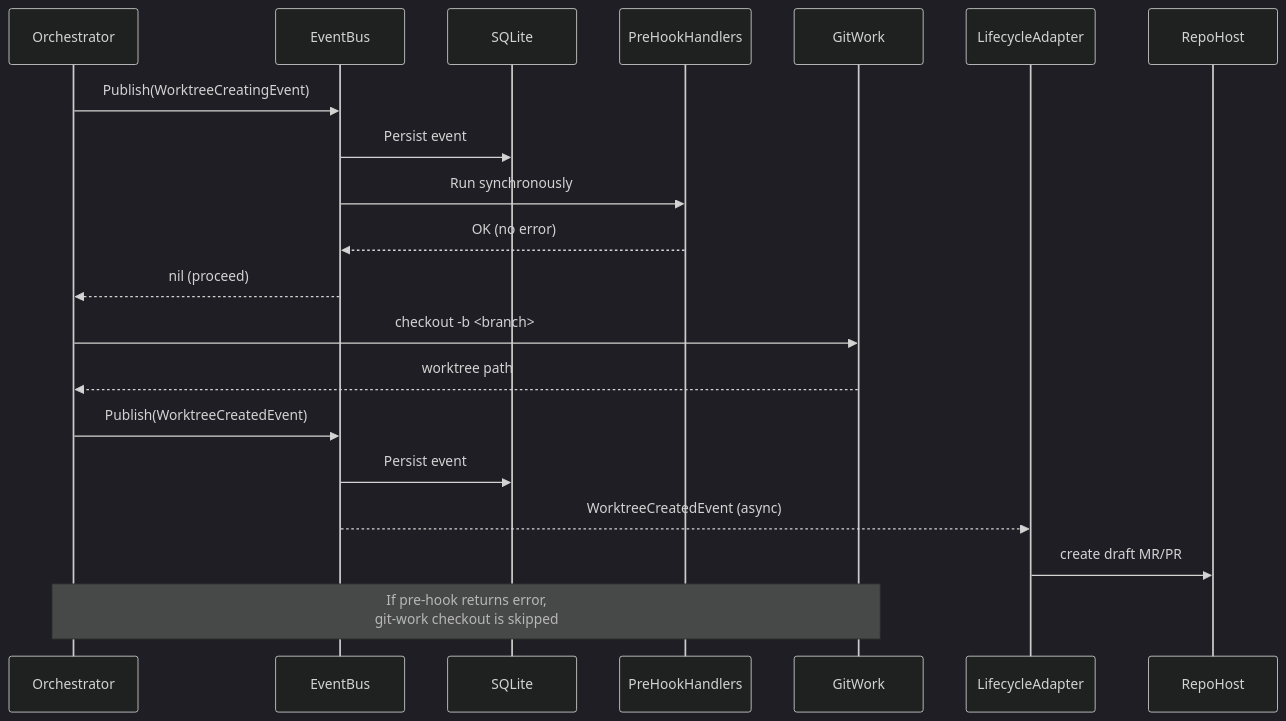
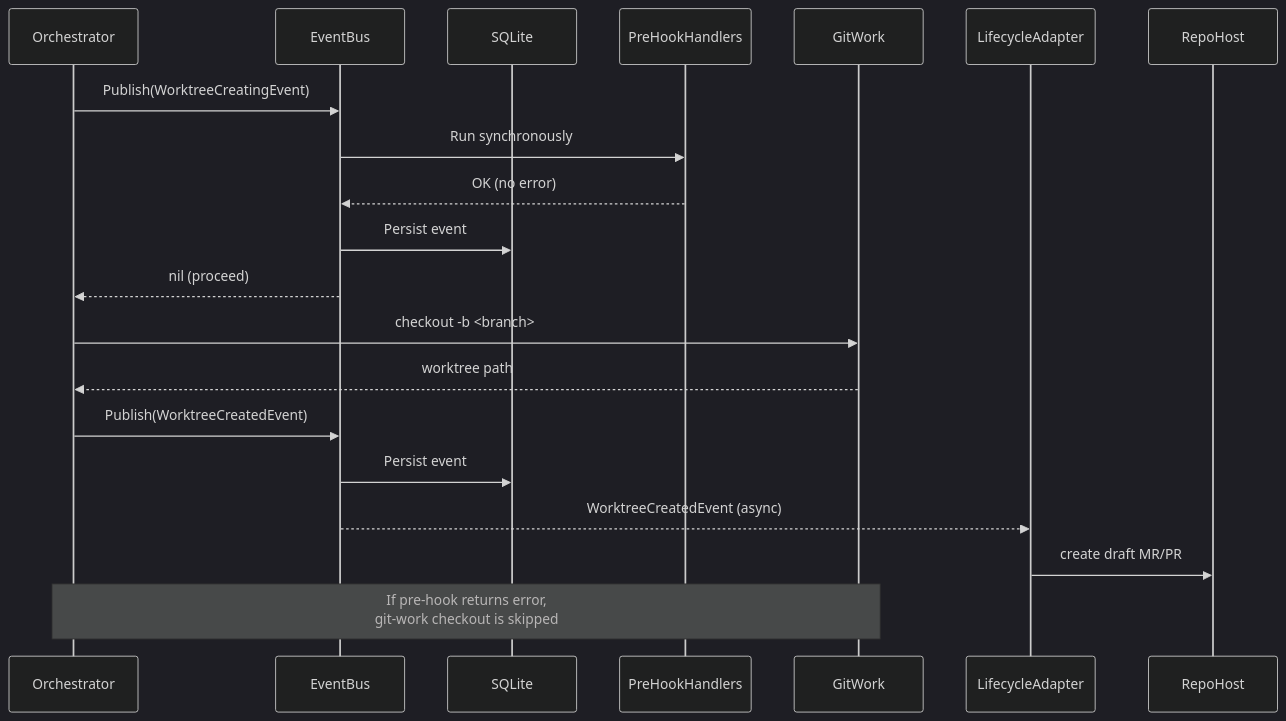
One commit to beeemT/substrate changed the second of 2 diagrams in docs/03-event-system.md. Above: the diagram before and after it, drawn with Mermaid (dark theme). The commit also changed other lines of this file and 9 other files, not shown here.

````diff
--- a/docs/03-event-system.md
+++ b/docs/03-event-system.md
@@ -437,22 +438,22 @@
 ```mermaid
 sequenceDiagram
     participant Orchestrator
     participant EventBus
     participant SQLite
     participant PreHookHandlers
     participant GitWork
     participant LifecycleAdapter
     participant RepoHost
     Orchestrator->>EventBus: Publish(WorktreeCreatingEvent)
-    EventBus->>SQLite: Persist event
     EventBus->>PreHookHandlers: Run synchronously
     PreHookHandlers-->>EventBus: OK (no error)
+    EventBus->>SQLite: Persist event
     EventBus-->>Orchestrator: nil (proceed)
     Orchestrator->>GitWork: checkout -b <branch>
     GitWork-->>Orchestrator: worktree path
     Orchestrator->>EventBus: Publish(WorktreeCreatedEvent)
     EventBus->>SQLite: Persist event
     EventBus-->>LifecycleAdapter: WorktreeCreatedEvent (async)
     LifecycleAdapter->>RepoHost: create draft MR/PR
     Note over Orchestrator,GitWork: If pre-hook returns error,<br/>git-work checkout is skipped
 ```
````
